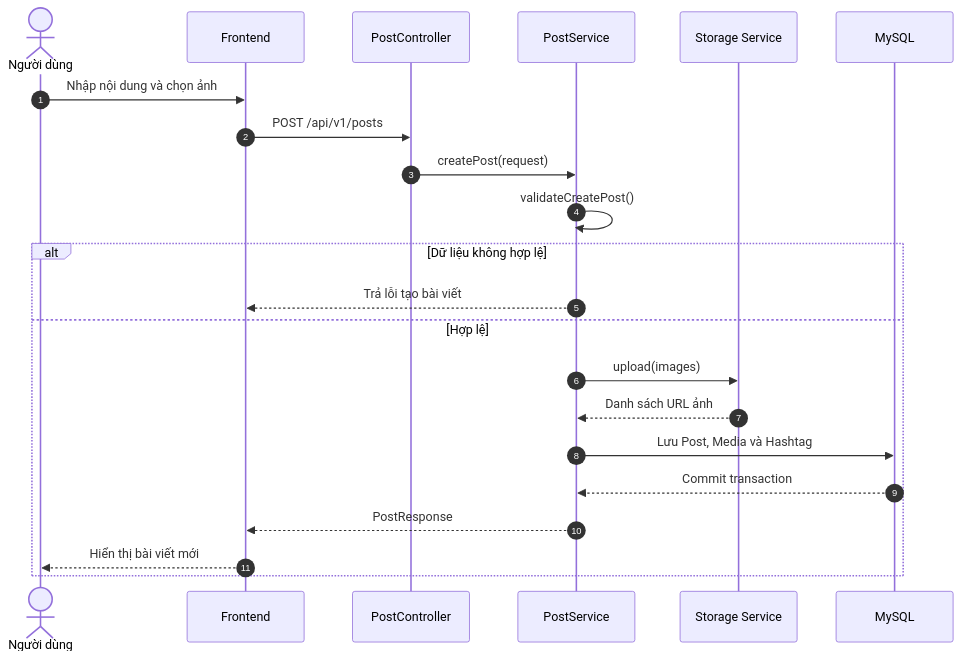
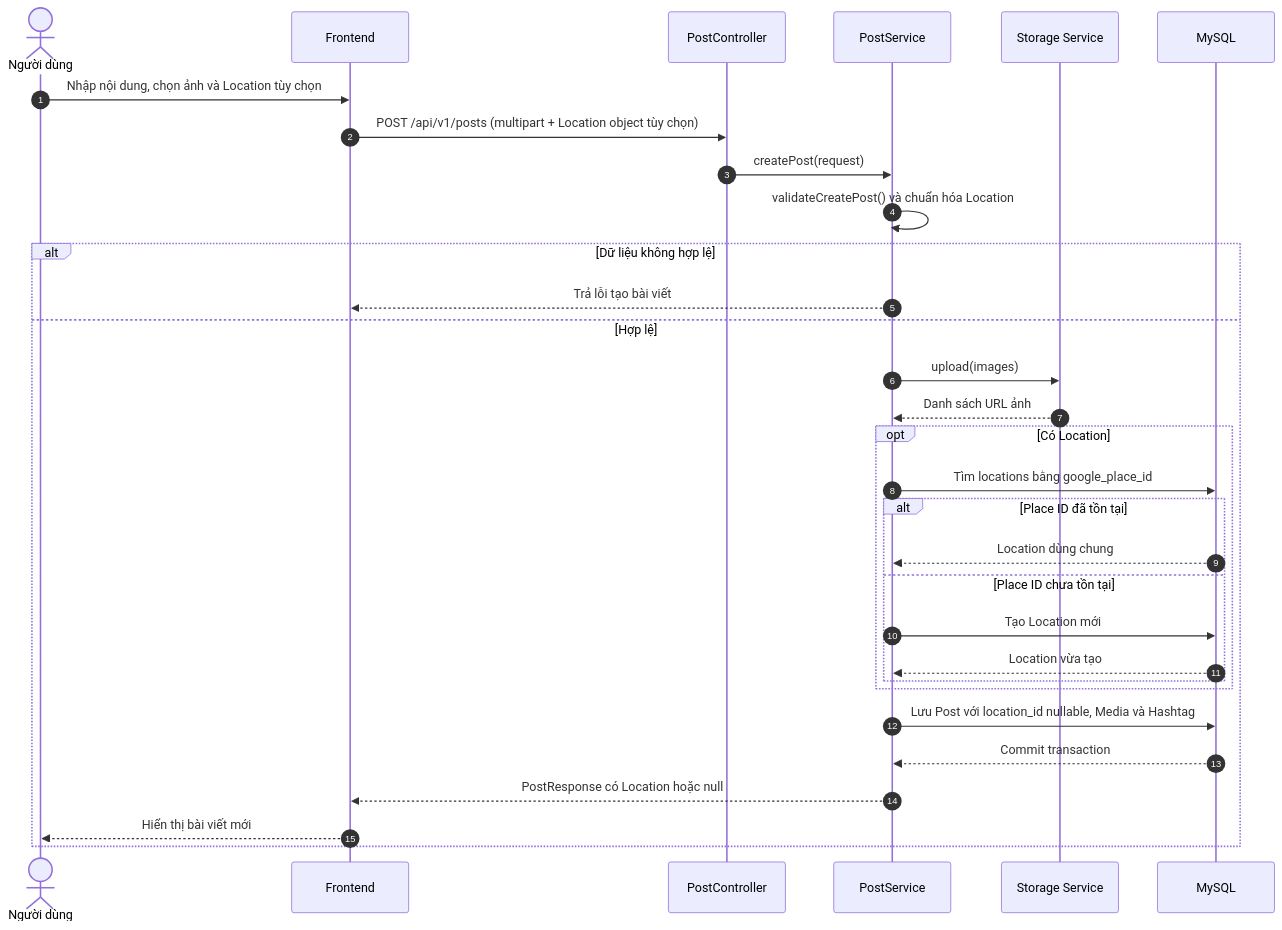
The diagram in docs/diagrams/sequence diagrams/create-post-sequence-report.mmd (duoz0323/student-social-network), drawn with Mermaid before and after one commit. The commit also changed 160 other files, not shown here.

```diff
--- a/docs/diagrams/sequence diagrams/create-post-sequence-report.mmd
+++ b/docs/diagrams/sequence diagrams/create-post-sequence-report.mmd
@@ -1,23 +1,32 @@
 sequenceDiagram
     autonumber
     actor U as Người dùng
     participant FE as Frontend
     participant PC as PostController
     participant PS as PostService
     participant ST as Storage Service
     participant DB as MySQL
 
-    U->>FE: Nhập nội dung và chọn ảnh
-    FE->>PC: POST /api/v1/posts
+    U->>FE: Nhập nội dung, chọn ảnh và Location tùy chọn
+    FE->>PC: POST /api/v1/posts (multipart + Location object tùy chọn)
     PC->>PS: createPost(request)
-    PS->>PS: validateCreatePost()
+    PS->>PS: validateCreatePost() và chuẩn hóa Location
     alt Dữ liệu không hợp lệ
         PS-->>FE: Trả lỗi tạo bài viết
     else Hợp lệ
         PS->>ST: upload(images)
         ST-->>PS: Danh sách URL ảnh
-        PS->>DB: Lưu Post, Media và Hashtag
+        opt Có Location
+            PS->>DB: Tìm locations bằng google_place_id
+            alt Place ID đã tồn tại
+                DB-->>PS: Location dùng chung
+            else Place ID chưa tồn tại
+                PS->>DB: Tạo Location mới
+                DB-->>PS: Location vừa tạo
+            end
+        end
+        PS->>DB: Lưu Post với location_id nullable, Media và Hashtag
         DB-->>PS: Commit transaction
-        PS-->>FE: PostResponse
+        PS-->>FE: PostResponse có Location hoặc null
         FE-->>U: Hiển thị bài viết mới
     end
```
